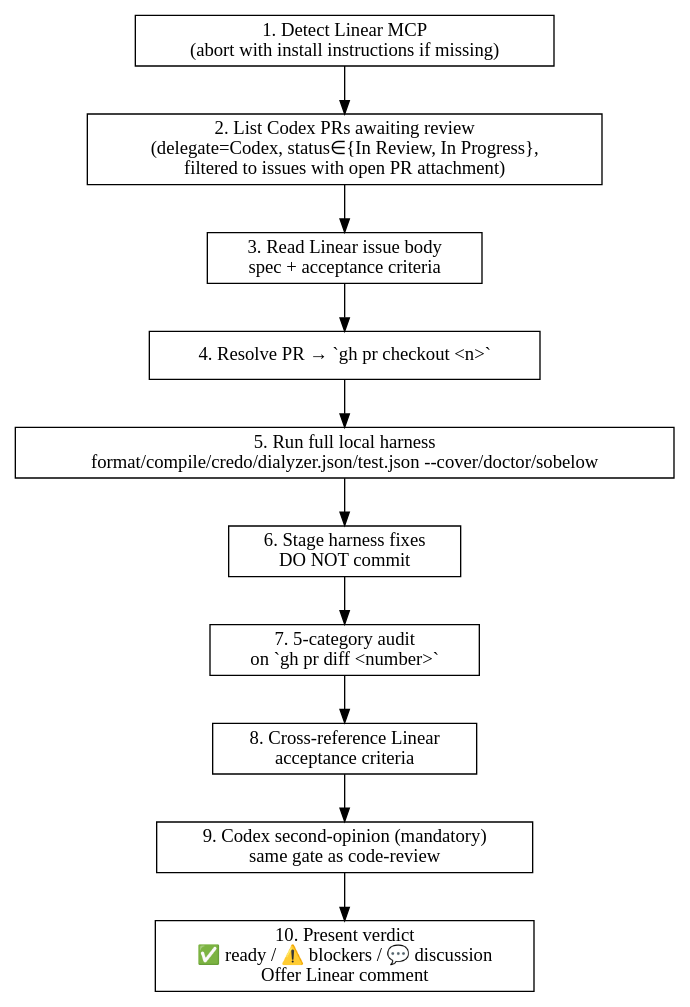
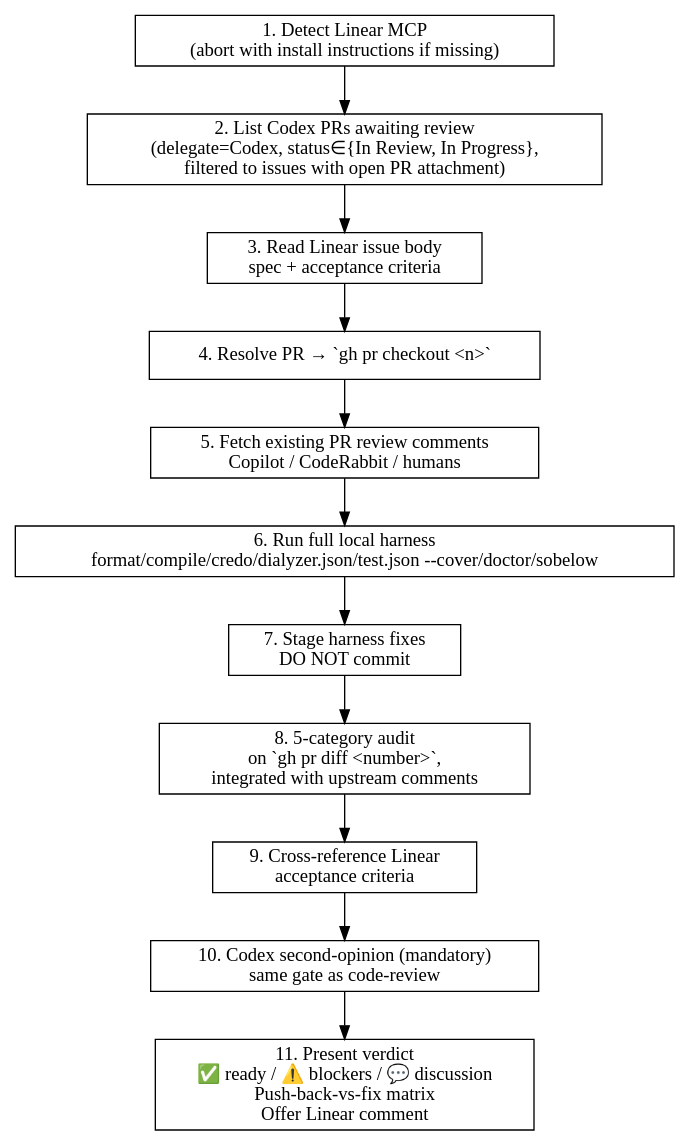
Before and after one commit to ZenHive/claude-marketplace-elixir: the diagram in plugins/staged-review/skills/commit-review/SKILL.md, drawn with Graphviz. The commit also changed other lines of this file and 3 other files, not shown here.

First line of the commit message:
Bump staged-review 1.8.0 → 1.9.0: fetch upstream PR comments + push-back-vs-fix matrix

````diff
--- a/plugins/staged-review/skills/commit-review/SKILL.md
+++ b/plugins/staged-review/skills/commit-review/SKILL.md
@@ -43,19 +44,20 @@
 ```dot
 digraph commit_review {
   rankdir=TB;
   node [shape=box];
 
   detect    [label="1. Detect Linear MCP\n(abort with install instructions if missing)"];
   list      [label="2. List Codex PRs awaiting review\n(delegate=Codex, status∈{In Review, In Progress},\nfiltered to issues with open PR attachment)"];
   spec      [label="3. Read Linear issue body\nspec + acceptance criteria"];
   checkout  [label="4. Resolve PR → `gh pr checkout <n>`"];
-  harness   [label="5. Run full local harness\nformat/compile/credo/dialyzer.json/test.json --cover/doctor/sobelow"];
-  fix       [label="6. Stage harness fixes\nDO NOT commit"];
-  audit     [label="7. 5-category audit\non `gh pr diff <number>`"];
-  cross     [label="8. Cross-reference Linear\nacceptance criteria"];
-  codex     [label="9. Codex second-opinion (mandatory)\nsame gate as code-review"];
-  verdict   [label="10. Present verdict\n✅ ready / ⚠️ blockers / 💬 discussion\nOffer Linear comment"];
+  comments  [label="5. Fetch existing PR review comments\nCopilot / CodeRabbit / humans"];
+  harness   [label="6. Run full local harness\nformat/compile/credo/dialyzer.json/test.json --cover/doctor/sobelow"];
+  fix       [label="7. Stage harness fixes\nDO NOT commit"];
+  audit     [label="8. 5-category audit\non `gh pr diff <number>`,\nintegrated with upstream comments"];
+  cross     [label="9. Cross-reference Linear\nacceptance criteria"];
+  codex     [label="10. Codex second-opinion (mandatory)\nsame gate as code-review"];
+  verdict   [label="11. Present verdict\n✅ ready / ⚠️ blockers / 💬 discussion\nPush-back-vs-fix matrix\nOffer Linear comment"];
 
-  detect -> list -> spec -> checkout -> harness -> fix -> audit -> cross -> codex -> verdict;
+  detect -> list -> spec -> checkout -> comments -> harness -> fix -> audit -> cross -> codex -> verdict;
 }
 ```
````
